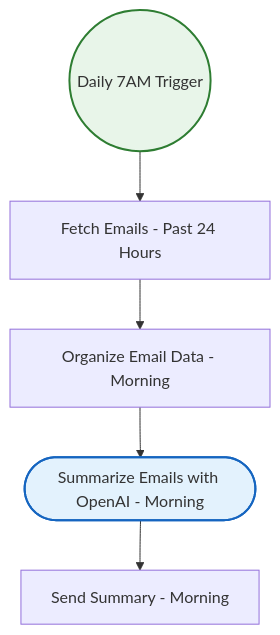
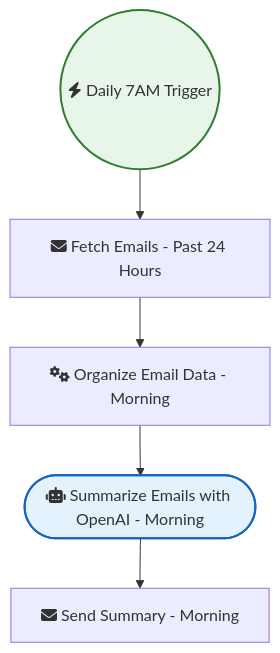
The diagram in Gmail_and_Email_Automation/Email Summary Agent.md (sreyash3105/N8N-DEMO-AUTOMATIONS), drawn with Mermaid before and after one commit. The commit also changed 291 other files, not shown here.

````diff
--- a/Gmail_and_Email_Automation/Email Summary Agent.md
+++ b/Gmail_and_Email_Automation/Email Summary Agent.md
@@ -1,17 +1,17 @@
 ```mermaid
 graph TD
     classDef trigger fill:#e8f5e9,stroke:#2e7d32,stroke-width:2px;
     classDef ai fill:#e3f2fd,stroke:#1565c0,stroke-width:2px;
     classDef logic fill:#fff3e0,stroke:#ef6c00,stroke-width:2px;
 
-    Daily_7AM_Trigger(("Daily 7AM Trigger")):::trigger
-    Fetch_Emails___Past_24_Hours["Fetch Emails - Past 24 Hours"]
-    Organize_Email_Data___Morning["Organize Email Data - Morning"]
-    Summarize_Emails_with_OpenAI___Morning(["Summarize Emails with OpenAI - Morning"]):::ai
-    Send_Summary___Morning["Send Summary - Morning"]
+    Daily_7AM_Trigger(("fas:fa-bolt Daily 7AM Trigger")):::trigger
+    Fetch_Emails___Past_24_Hours["fas:fa-envelope Fetch Emails - Past 24 Hours"]
+    Organize_Email_Data___Morning["fas:fa-cogs Organize Email Data - Morning"]
+    Summarize_Emails_with_OpenAI___Morning(["fas:fa-robot Summarize Emails with OpenAI - Morning"]):::ai
+    Send_Summary___Morning["fas:fa-envelope Send Summary - Morning"]
 
     Daily_7AM_Trigger --> Fetch_Emails___Past_24_Hours
     Fetch_Emails___Past_24_Hours --> Organize_Email_Data___Morning
     Organize_Email_Data___Morning --> Summarize_Emails_with_OpenAI___Morning
     Summarize_Emails_with_OpenAI___Morning --> Send_Summary___Morning
 ```
````
